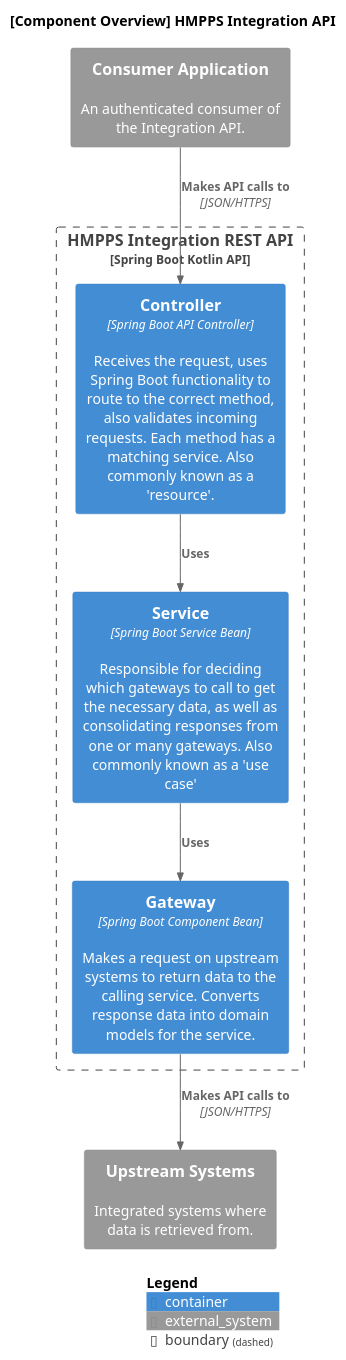
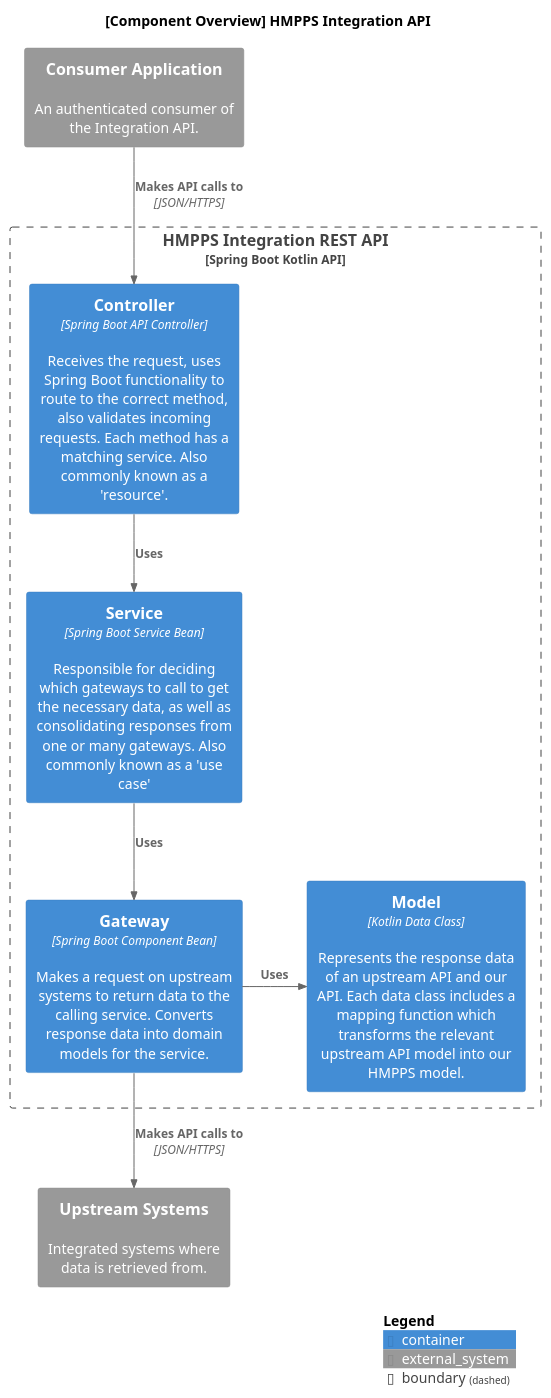
The diagram in docs/diagrams/component-overview.puml (ministryofjustice/hmpps-integration-api), drawn with PlantUML before and after one commit.

Commit message:
Update component diagram to include models

```diff
--- a/docs/diagrams/component-overview.puml
+++ b/docs/diagrams/component-overview.puml
@@ -1,27 +1,28 @@
 @startuml component-overview
 
 !include https://raw.githubusercontent.com/plantuml-stdlib/C4-PlantUML/master/C4_Container.puml
 
 skinparam linetype polyline
 
 title [Component Overview] HMPPS Integration API
 
 System_Ext(consumer, "Consumer Application", "An authenticated consumer of the Integration API.")
 
 Boundary(spring_boot_api, "HMPPS Integration REST API", "Spring Boot Kotlin API"){
-    Container(controller, "Controller", "Spring Boot API Controller", "Receives the request, uses Spring Boot functionality to route to the correct method, also validates incoming requests. Each method has a matching service. Also commonly known as a 'resource'.") 
+    Container(controller, "Controller", "Spring Boot API Controller", "Receives the request, uses Spring Boot functionality to route to the correct method, also validates incoming requests. Each method has a matching service. Also commonly known as a 'resource'.")
     Container(service, "Service", "Spring Boot Service Bean", "Responsible for deciding which gateways to call to get the necessary data, as well as consolidating responses from one or many gateways. Also commonly known as a 'use case'")
     Container(gateway, "Gateway", "Spring Boot Component Bean", "Makes a request on upstream systems to return data to the calling service. Converts response data into domain models for the service.")
+    Container(model, "Model", "Kotlin Data Class", "Represents the response data of an upstream API and our API. Each data class includes a mapping function which transforms the relevant upstream API model into our HMPPS model.")
 }
 
 System_Ext(upstream, "Upstream Systems", "Integrated systems where data is retrieved from.")
-
 
 Rel(consumer, controller, "Makes API calls to", "JSON/HTTPS")
 Rel_Down(controller, service, "Uses")
 Rel_Down(service, gateway, "Uses")
 Rel_Down(gateway, upstream, "Makes API calls to", "JSON/HTTPS")
+Rel_Right(gateway, model, "Uses")
 
 SHOW_DYNAMIC_LEGEND()
 
 @enduml
```
